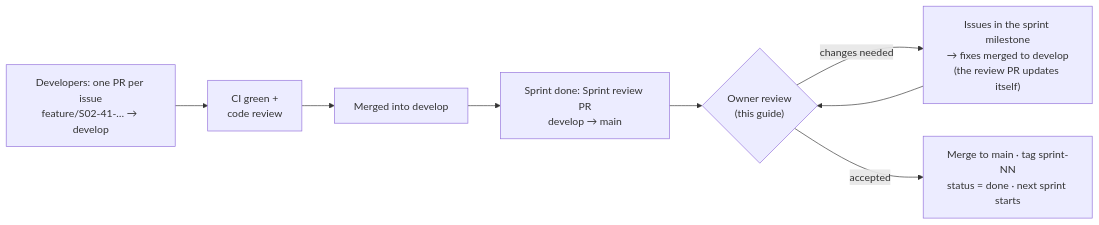
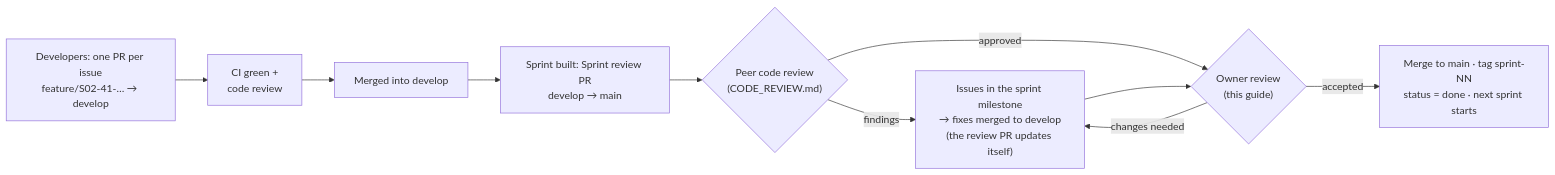
Before and after one commit to Prathamesh27702/resort-os: the diagram in docs/sprints/REVIEWING.md, drawn with Mermaid. The commit also changed other lines of this file and 4 other files, not shown here.

First line of the commit message:
docs: peer code review of a sprint (process + Sprint 03 checklist)

````diff
--- a/docs/sprints/REVIEWING.md
+++ b/docs/sprints/REVIEWING.md
@@ -8,8 +9,10 @@
 ```mermaid
 flowchart LR
   A["Developers: one PR per issue<br/>feature/S02-41-… → develop"] --> B["CI green +<br/>code review"] --> C["Merged into develop"]
-  C --> D["Sprint done: Sprint review PR<br/>develop → main"]
-  D --> E{"Owner review<br/>(this guide)"}
+  C --> D["Sprint built: Sprint review PR<br/>develop → main"]
+  D --> P{"Peer code review<br/>(CODE_REVIEW.md)"}
+  P -- findings --> F
+  P -- approved --> E{"Owner review<br/>(this guide)"}
   E -- changes needed --> F["Issues in the sprint milestone<br/>→ fixes merged to develop<br/>(the review PR updates itself)"] --> E
   E -- accepted --> G["Merge to main · tag sprint-NN<br/>status = done · next sprint starts"]
 ```
````
